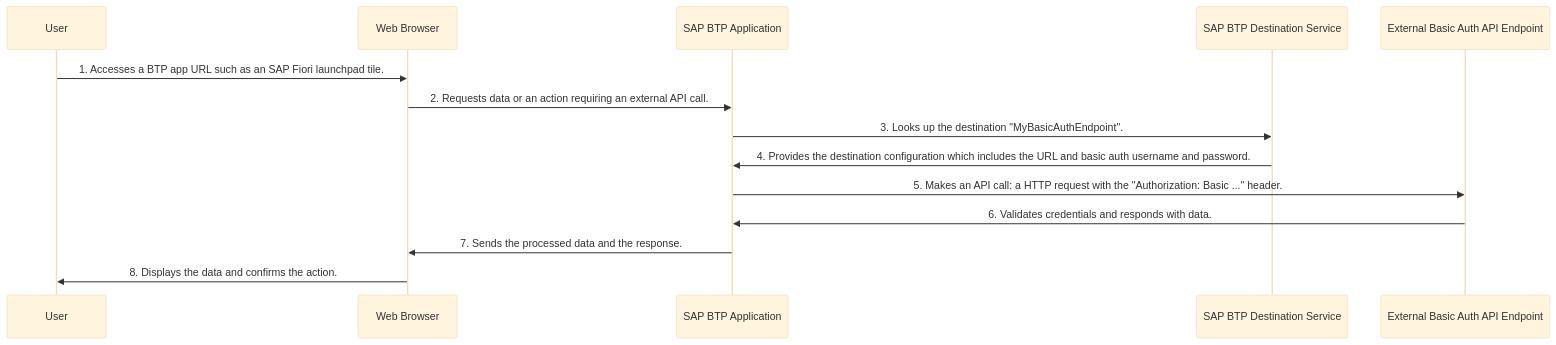
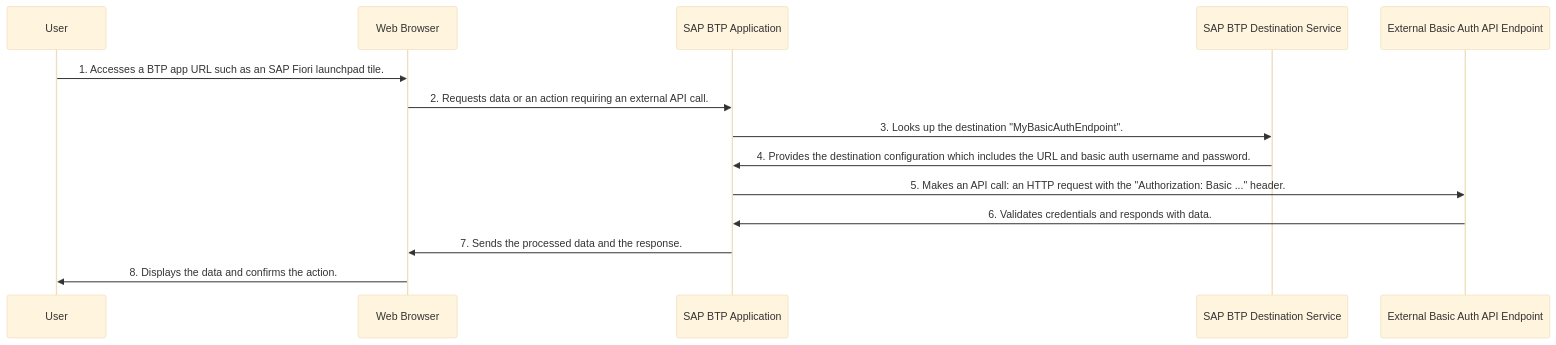
One commit to SAP-samples/fiori-tools-samples changed the diagram in misc/destinations/README.md. Above: the diagram before and after it, drawn with Mermaid (base theme). The commit also changed other lines of this file, not shown here.

````diff
--- a/misc/destinations/README.md
+++ b/misc/destinations/README.md
@@ -53,17 +81,17 @@
 ```mermaid
 sequenceDiagram
     participant User
     participant Browser as Web Browser
     participant BTPApp as SAP BTP Application
     participant DestinationService as SAP BTP Destination Service
     participant ExternalAPI as External Basic Auth API Endpoint
 
     User->>Browser: 1. Accesses a BTP app URL such as an SAP Fiori launchpad tile.
     Browser->>BTPApp: 2. Requests data or an action requiring an external API call.
     BTPApp->>DestinationService: 3. Looks up the destination "MyBasicAuthEndpoint".
     DestinationService->>BTPApp: 4. Provides the destination configuration which includes the URL and basic auth username and password.
-    BTPApp->>ExternalAPI: 5. Makes an API call: a HTTP request with the "Authorization: Basic ..." header.
+    BTPApp->>ExternalAPI: 5. Makes an API call: an HTTP request with the "Authorization: Basic ..." header.
     ExternalAPI->>BTPApp: 6. Validates credentials and responds with data.
     BTPApp->>Browser: 7. Sends the processed data and the response.
     Browser->>User: 8. Displays the data and confirms the action.
 ```
````
